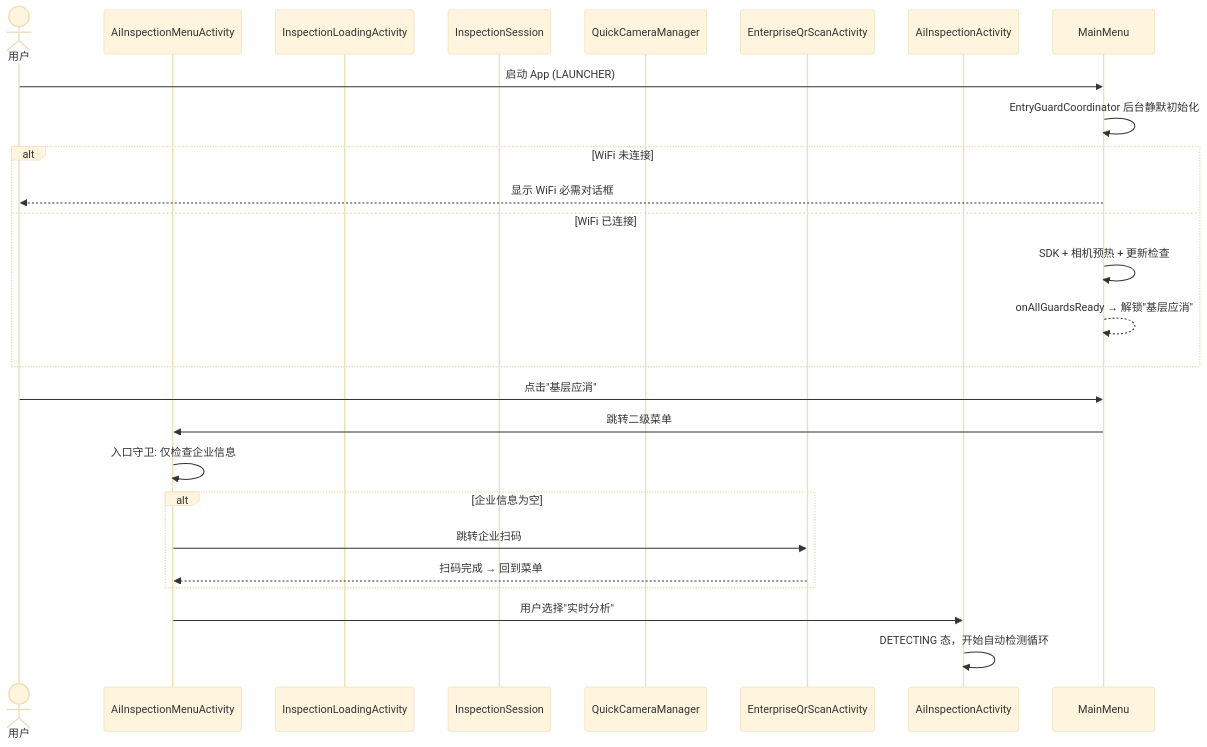
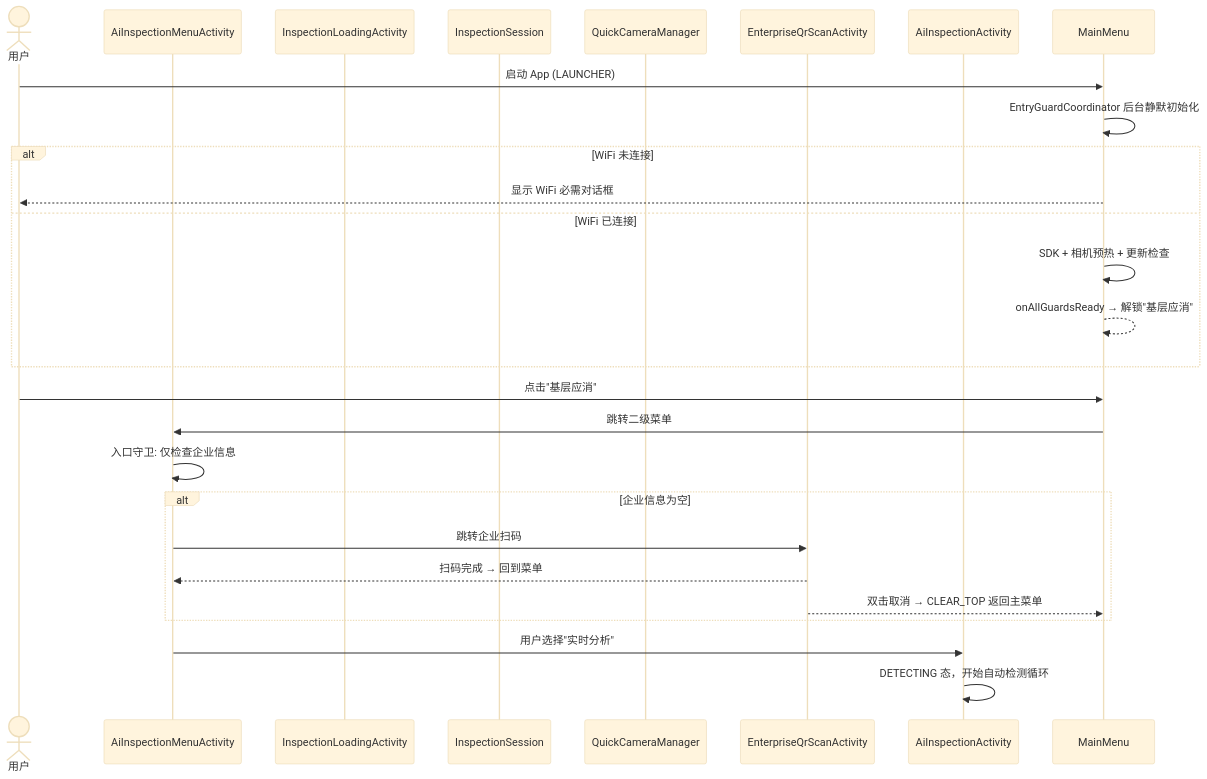
One commit to WuChaoli/HiddenRiskGlass changed the third of 9 diagrams in docs/CODEMAPS.md. Above: the diagram before and after it, drawn with Mermaid (base theme).

Commit message:
docs: add enterprise QR scan cancel path to CODEMAPS data flow
Reflects the recent fix where double-click on EnterpriseQrScanActivity
navigates directly to MainMenuActivity with CLEAR_TOP, skipping the
AiInspectionMenu entry guard redirect loop.

````diff
--- a/docs/CODEMAPS.md
+++ b/docs/CODEMAPS.md
@@ -135,28 +135,29 @@
 ```mermaid
 sequenceDiagram
     actor User as 用户
     participant Menu as AiInspectionMenuActivity
     participant Loading as InspectionLoadingActivity
     participant Session as InspectionSession
     participant Camera as QuickCameraManager
     participant QrScan as EnterpriseQrScanActivity
     participant AI as AiInspectionActivity
 
     User->>MainMenu: 启动 App (LAUNCHER)
     MainMenu->>MainMenu: EntryGuardCoordinator 后台静默初始化
     alt WiFi 未连接
         MainMenu-->>User: 显示 WiFi 必需对话框
     else WiFi 已连接
         MainMenu->>MainMenu: SDK + 相机预热 + 更新检查
         MainMenu-->>MainMenu: onAllGuardsReady → 解锁"基层应消"
     end
     User->>MainMenu: 点击"基层应消"
     MainMenu->>Menu: 跳转二级菜单
     Menu->>Menu: 入口守卫: 仅检查企业信息
     alt 企业信息为空
         Menu->>QrScan: 跳转企业扫码
         QrScan-->>Menu: 扫码完成 → 回到菜单
+        QrScan-->>MainMenu: 双击取消 → CLEAR_TOP 返回主菜单
     end
     Menu->>AI: 用户选择"实时分析"
     AI->>AI: DETECTING 态，开始自动检测循环
 ```
````
